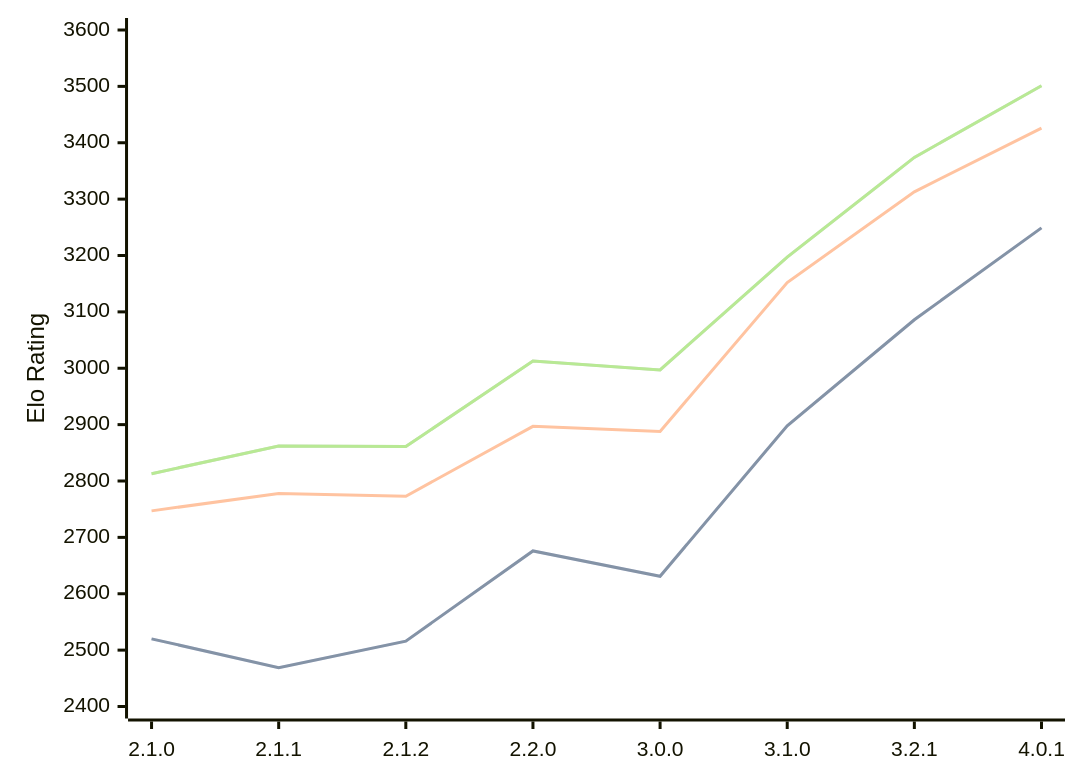
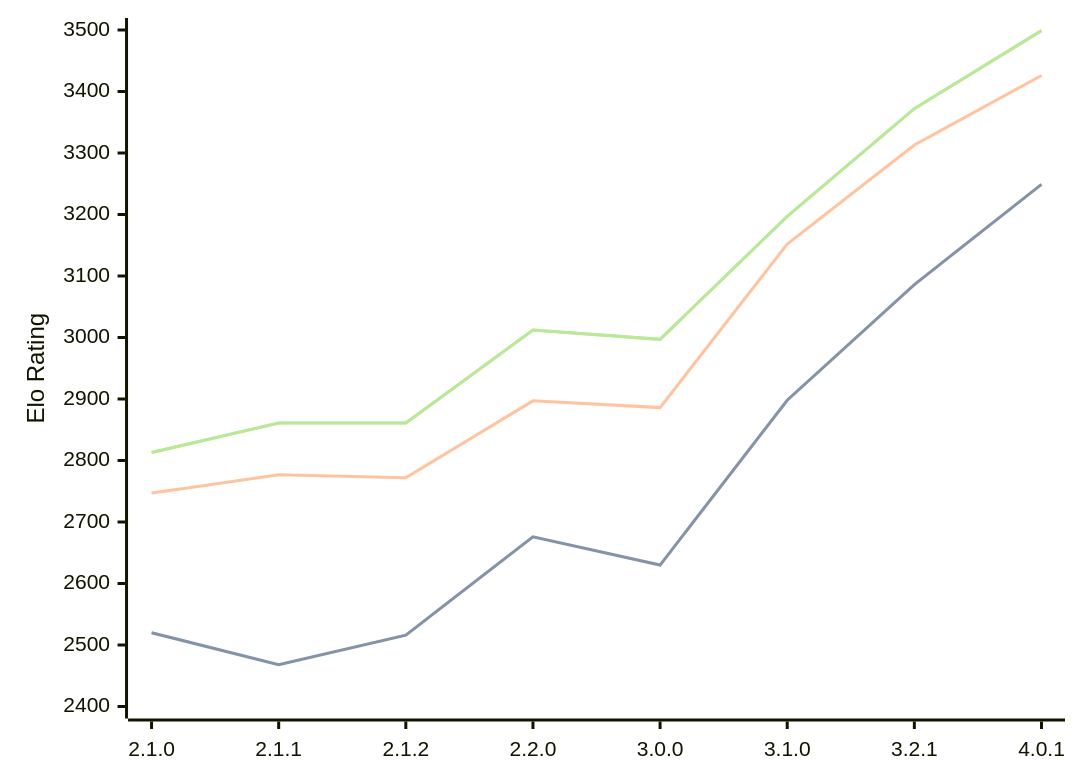
The diagram in engines/Prune.md (computer-chess-index/cci), drawn with Mermaid before and after one commit. The commit also changed other lines of this file, not shown here.

Commit message:
Update CCI Ratings (ELO VLTC) - 2026-07-27

````diff
--- a/engines/Prune.md
+++ b/engines/Prune.md
@@ -44,11 +44,11 @@
 ```mermaid
 %%{init: {"theme":"base","themeVariables":{"seriesColors:['#a3a3a3','#222221','#faa371']}}}%%
 xychart-beta
   x-axis ["2.1.0", "2.1.1", "2.1.2", "2.2.0", "3.0.0", "3.1.0", "3.2.1", "4.0.1"]
-  y-axis "Elo Rating" 2400 --> 3600
-  line "STC (8.0+0.08s)" [2520, 2469, 2516, 2676, 2631, 2898, 3086, 3249]
-  line "STC (8.0+0.08s)" [2520, 2469, 2516, 2676, 2631, 2898, 3086, 3249]
-  line "LTC (60.0+0.60s)" [2747, 2778, 2773, 2897, 2888, 3152, 3313, 3426]
-  line "VLTC (2m24s+1.12s)" [2813, 2862, 2861, 3013, 2997, 3197, 3374, 3501]
-  line "VLTC (2m24s+1.12s)" [2813, 2862, 2861, 3013, 2997, 3197, 3374, 3501]
+  y-axis "Elo Rating" 2400 --> 3500
+  line "STC (8.0+0.08s)" [2520, 2468, 2516, 2676, 2630, 2898, 3086, 3249]
+  line "STC (8.0+0.08s)" [2520, 2468, 2516, 2676, 2630, 2898, 3086, 3249]
+  line "LTC (60.0+0.60s)" [2747, 2777, 2772, 2897, 2886, 3152, 3313, 3426]
+  line "VLTC (2m24s+1.12s)" [2813, 2861, 2861, 3012, 2997, 3197, 3372, 3499]
+  line "VLTC (2m24s+1.12s)" [2813, 2861, 2861, 3012, 2997, 3197, 3372, 3499]
 ```
````
